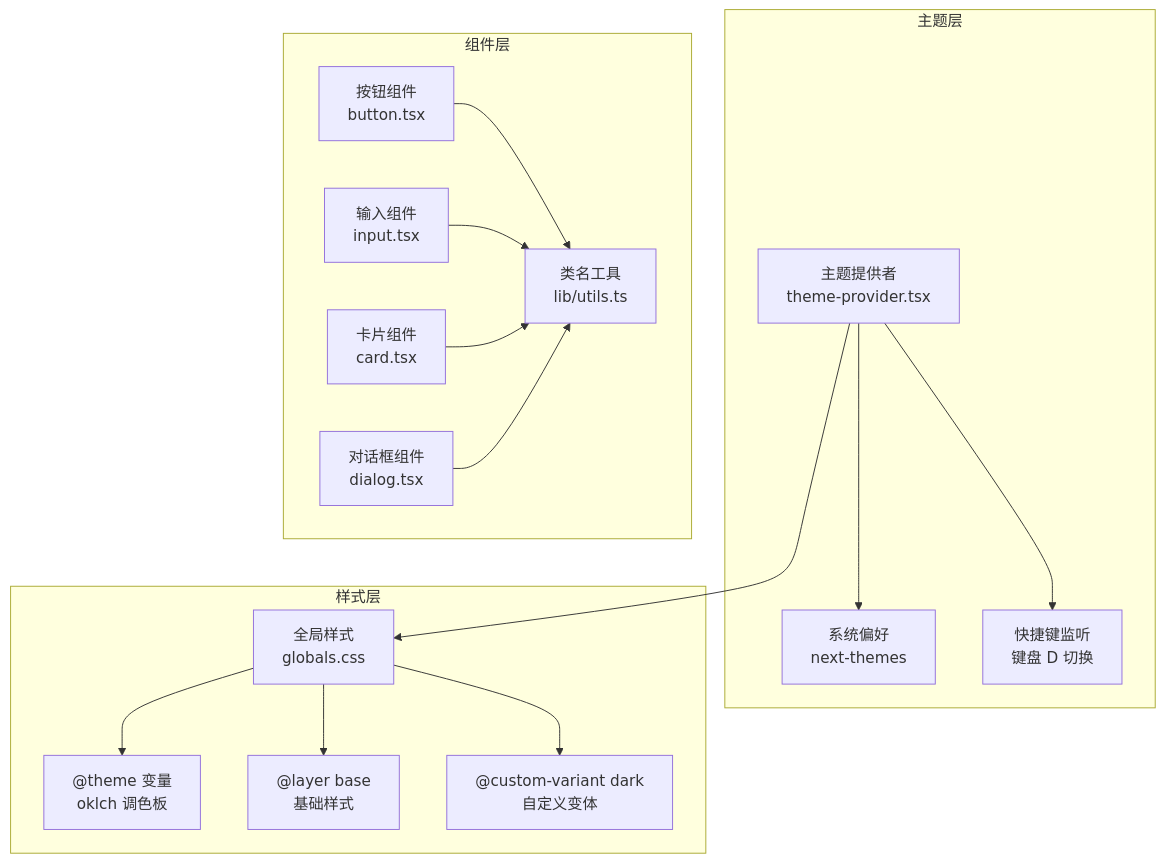
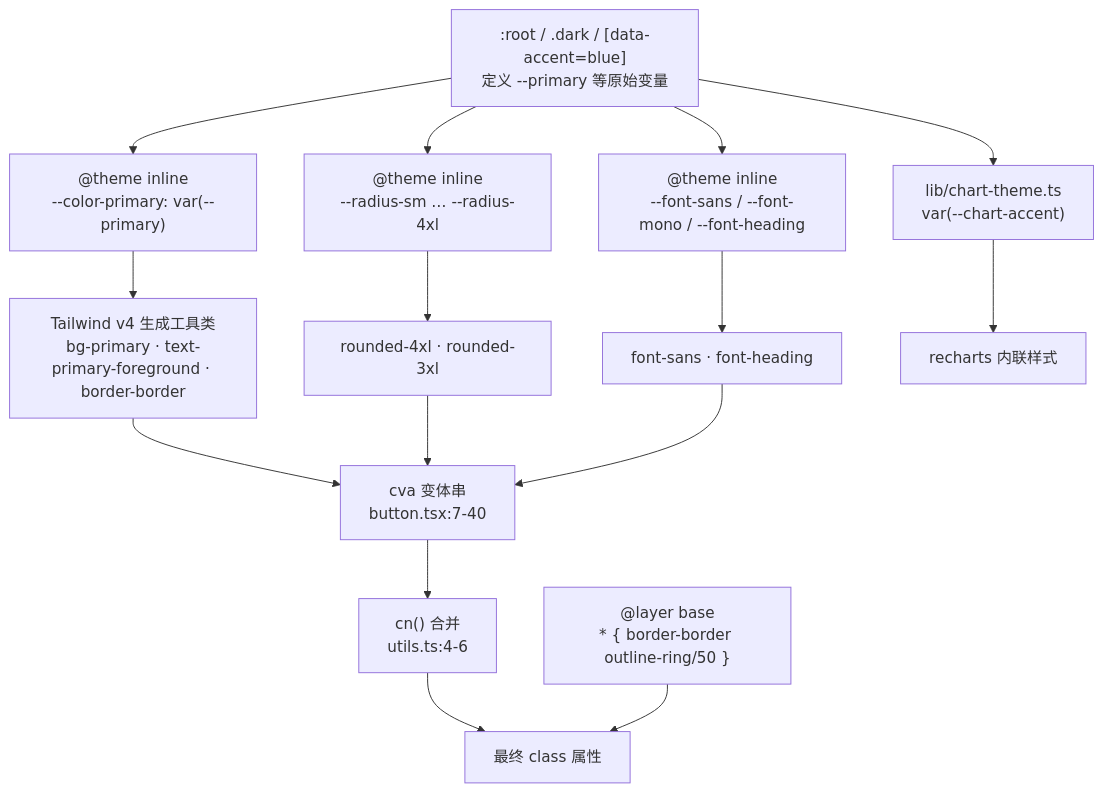
The second of 4 diagrams in docs/前端管理界面/主题系统与样式.md (x01n/My-OpenWaf), drawn with Mermaid before and after one commit. The commit also changed other lines of this file and 622 other files, not shown here.

````diff
--- a/docs/前端管理界面/主题系统与样式.md
+++ b/docs/前端管理界面/主题系统与样式.md
@@ -107,31 +168,17 @@
 ```mermaid
-graph TB
-subgraph "主题层"
-TP["主题提供者<br/>theme-provider.tsx"]
-SYS["系统偏好<br/>next-themes"]
-HOT["快捷键监听<br/>键盘 D 切换"]
-end
-subgraph "样式层"
-GCSS["全局样式<br/>globals.css"]
-THEME["@theme 变量<br/>oklch 调色板"]
-LAYER["@layer base<br/>基础样式"]
-CUSTOM["@custom-variant dark<br/>自定义变体"]
-end
-subgraph "组件层"
-BTN["按钮组件<br/>button.tsx"]
-INPUT["输入组件<br/>input.tsx"]
-CARD["卡片组件<br/>card.tsx"]
-DLG["对话框组件<br/>dialog.tsx"]
-UTIL["类名工具<br/>lib/utils.ts"]
-end
-TP --> SYS
-TP --> HOT
-TP --> GCSS
-GCSS --> THEME
-GCSS --> LAYER
-GCSS --> CUSTOM
-BTN --> UTIL
-INPUT --> UTIL
-CARD --> UTIL
-DLG --> UTIL
+flowchart TD
+  A[":root / .dark / [data-accent=blue]<br/>定义 --primary 等原始变量"] --> B["@theme inline<br/>--color-primary: var(--primary)"]
+  B --> C["Tailwind v4 生成工具类<br/>bg-primary · text-primary-foreground · border-border"]
+  A --> B2["@theme inline<br/>--radius-sm … --radius-4xl"]
+  B2 --> C2["rounded-4xl · rounded-3xl"]
+  A --> B3["@theme inline<br/>--font-sans / --font-mono / --font-heading"]
+  B3 --> C3["font-sans · font-heading"]
+  C --> D["cva 变体串<br/>button.tsx:7-40"]
+  C2 --> D
+  C3 --> D
+  D --> E["cn() 合并<br/>utils.ts:4-6"]
+  E --> F["最终 class 属性"]
+  G["@layer base<br/>* { border-border outline-ring/50 }"] --> F
+  A --> H["lib/chart-theme.ts<br/>var(--chart-accent)"]
+  H --> I["recharts 内联样式"]
 ```
````
